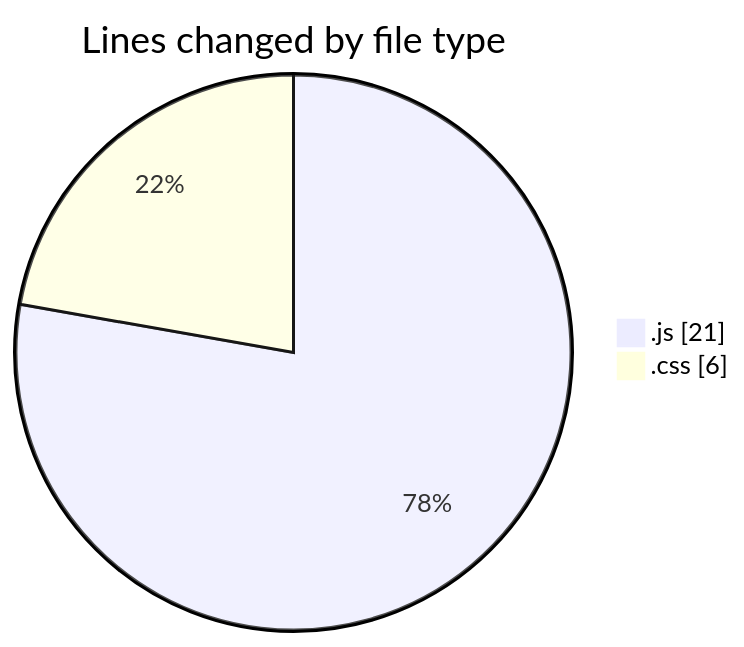
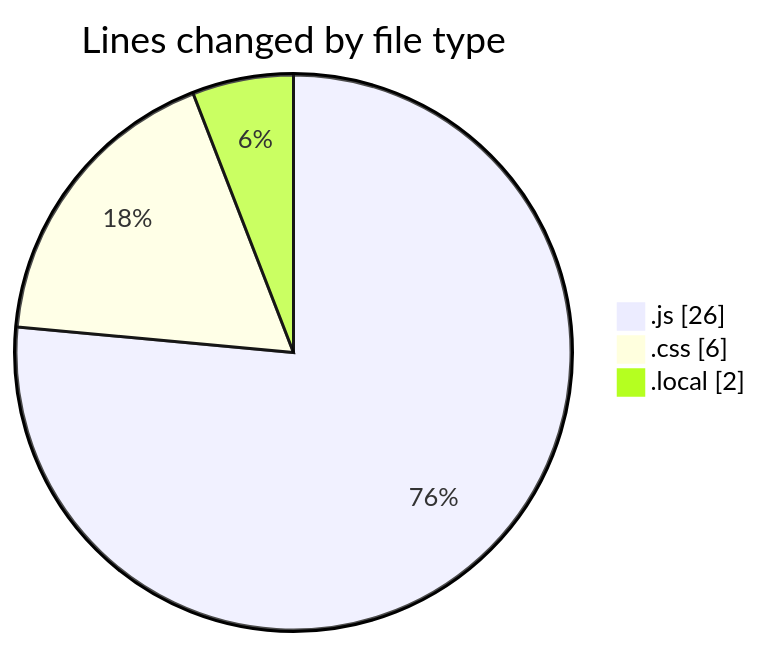
Before and after one commit to Ritupan-Deka/code-tracking: the first of 2 diagrams in 2025-05-04/houserentalservice/README.md, drawn with Mermaid. The commit also changed other lines of this file and 1 other file, not shown here.

````diff
--- a/2025-05-04/houserentalservice/README.md
+++ b/2025-05-04/houserentalservice/README.md
@@ -22,6 +24,7 @@
 ```mermaid
 pie showData
 title Lines changed by file type
-".js" : 21
+".js" : 26
 ".css" : 6
+".local" : 2
 ```
````
